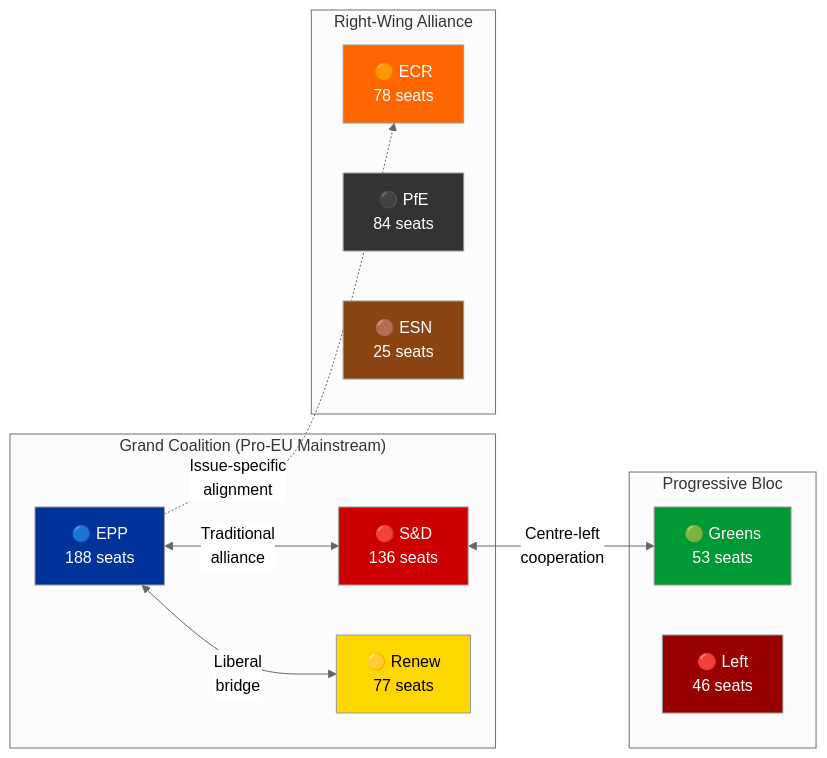
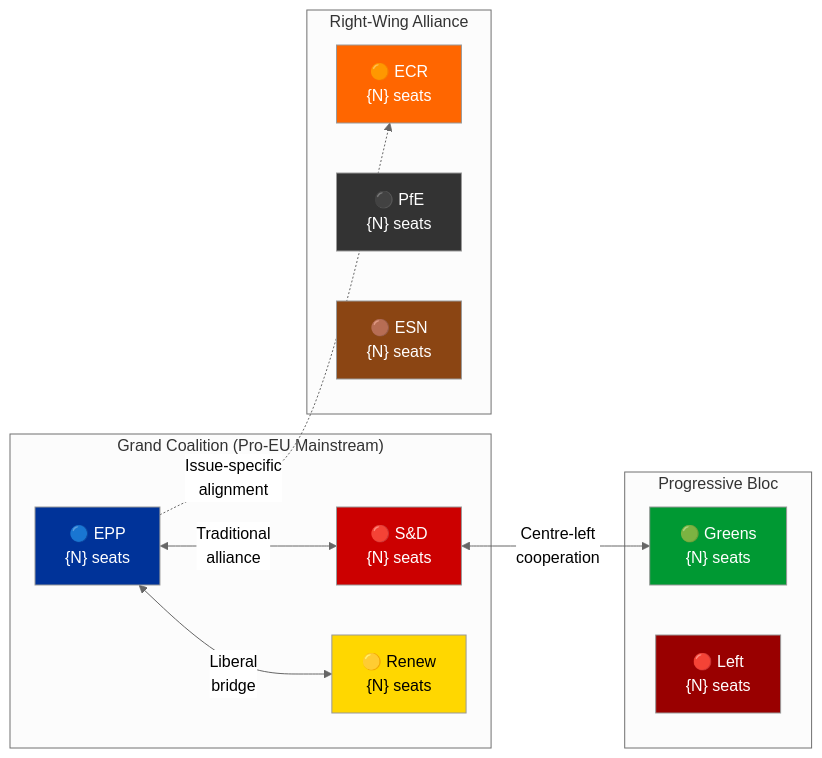
The third of 4 diagrams in docs/analysis-methodology/political-landscape-analysis.md (Hack23/euparliamentmonitor), drawn with Mermaid (neutral theme) before and after one commit. The commit also changed 4 other files, not shown here.

````diff
--- a/docs/analysis-methodology/political-landscape-analysis.md
+++ b/docs/analysis-methodology/political-landscape-analysis.md
@@ -138,33 +138,33 @@
 ```mermaid
 flowchart LR
     subgraph "Grand Coalition (Pro-EU Mainstream)"
-        EPP["🔵 EPP<br/>188 seats"]
-        SD["🔴 S&D<br/>136 seats"]
-        RN["🟡 Renew<br/>77 seats"]
+        EPP["🔵 EPP<br/>{N} seats"]
+        SD["🔴 S&D<br/>{N} seats"]
+        RN["🟡 Renew<br/>{N} seats"]
     end
 
     subgraph "Right-Wing Alliance"
-        ECR["🟠 ECR<br/>78 seats"]
-        PfE["⚫ PfE<br/>84 seats"]
-        ESN["🟤 ESN<br/>25 seats"]
+        ECR["🟠 ECR<br/>{N} seats"]
+        PfE["⚫ PfE<br/>{N} seats"]
+        ESN["🟤 ESN<br/>{N} seats"]
     end
 
     subgraph "Progressive Bloc"
-        GR["🟢 Greens<br/>53 seats"]
-        LF["🔴 Left<br/>46 seats"]
+        GR["🟢 Greens<br/>{N} seats"]
+        LF["🔴 Left<br/>{N} seats"]
     end
 
     EPP <-->|"Traditional<br/>alliance"| SD
     EPP <-->|"Liberal<br/>bridge"| RN
     SD <-->|"Centre-left<br/>cooperation"| GR
     EPP -.->|"Issue-specific<br/>alignment"| ECR
 
     style EPP fill:#003399,color:#fff
     style SD fill:#cc0000,color:#fff
     style RN fill:#FFD700,color:#000
     style ECR fill:#FF6600,color:#fff
     style PfE fill:#333333,color:#fff
     style ESN fill:#8B4513,color:#fff
     style GR fill:#009933,color:#fff
     style LF fill:#990000,color:#fff
 ```
````
